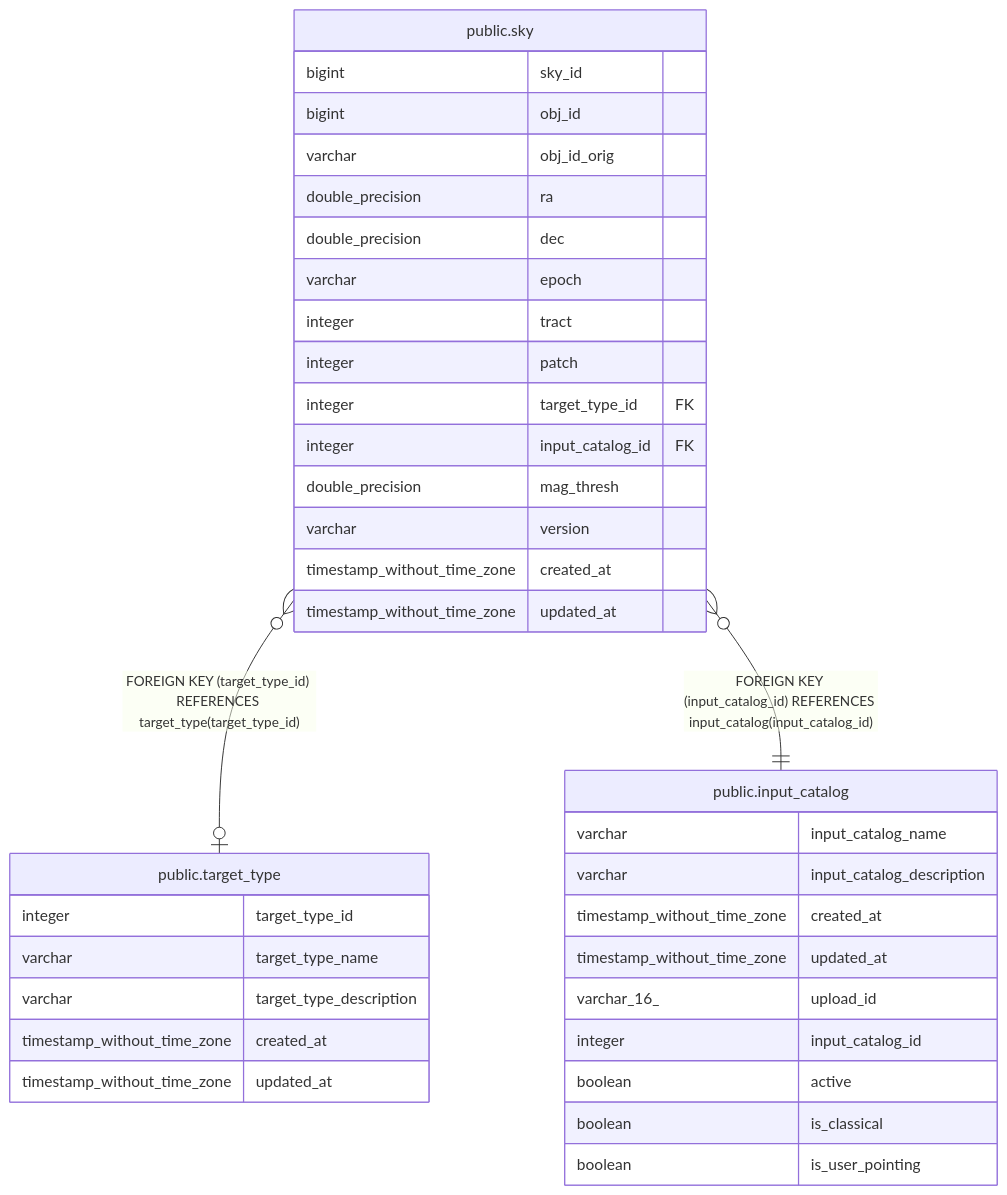
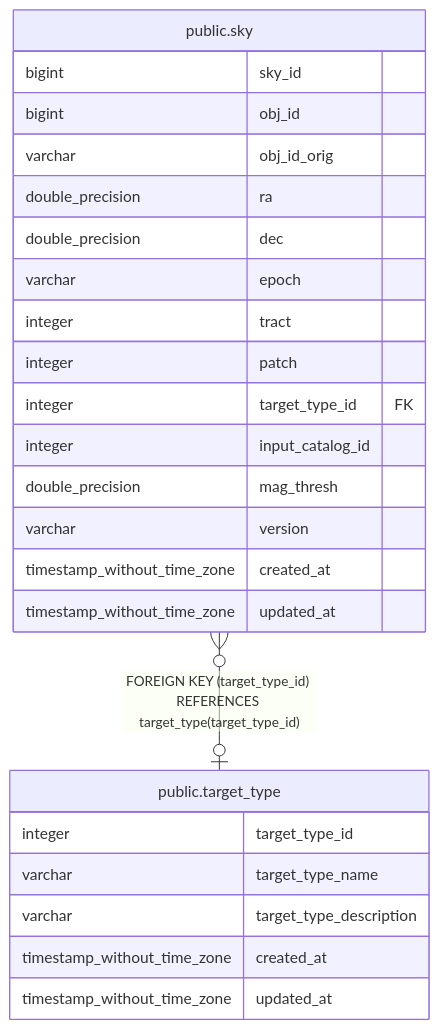
One commit to Subaru-PFS/ets_target_database changed the diagram in docs/tbls/public.sky.md. Above: the diagram before and after it, drawn with Mermaid. The commit also changed other lines of this file and 14 other files, not shown here.

Commit message:
add alembic scripts and ER diagrams

````diff
--- a/docs/tbls/public.sky.md
+++ b/docs/tbls/public.sky.md
@@ -47,41 +44,29 @@
 ```mermaid
 erDiagram
 
 "public.sky" }o--o| "public.target_type" : "FOREIGN KEY (target_type_id) REFERENCES target_type(target_type_id)"
-"public.sky" }o--|| "public.input_catalog" : "FOREIGN KEY (input_catalog_id) REFERENCES input_catalog(input_catalog_id)"
 
 "public.sky" {
   bigint sky_id
   bigint obj_id
   varchar obj_id_orig
   double_precision ra
   double_precision dec
   varchar epoch
   integer tract
   integer patch
   integer target_type_id FK
-  integer input_catalog_id FK
+  integer input_catalog_id
   double_precision mag_thresh
   varchar version
   timestamp_without_time_zone created_at
   timestamp_without_time_zone updated_at
 }
 "public.target_type" {
   integer target_type_id
   varchar target_type_name
   varchar target_type_description
   timestamp_without_time_zone created_at
   timestamp_without_time_zone updated_at
 }
-"public.input_catalog" {
-  varchar input_catalog_name
-  varchar input_catalog_description
-  timestamp_without_time_zone created_at
-  timestamp_without_time_zone updated_at
-  varchar_16_ upload_id
-  integer input_catalog_id
-  boolean active
-  boolean is_classical
-  boolean is_user_pointing
-}
 ```
````
